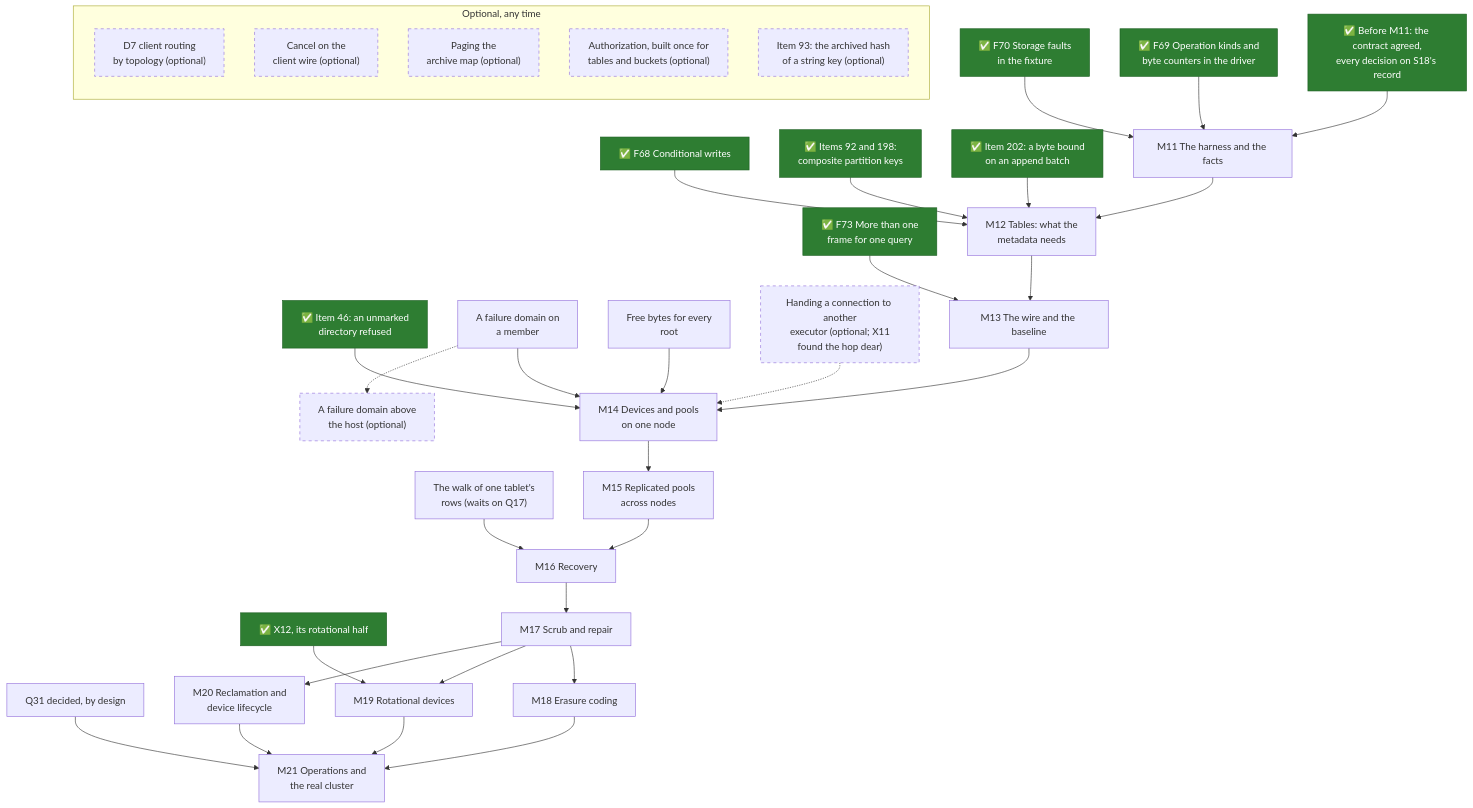
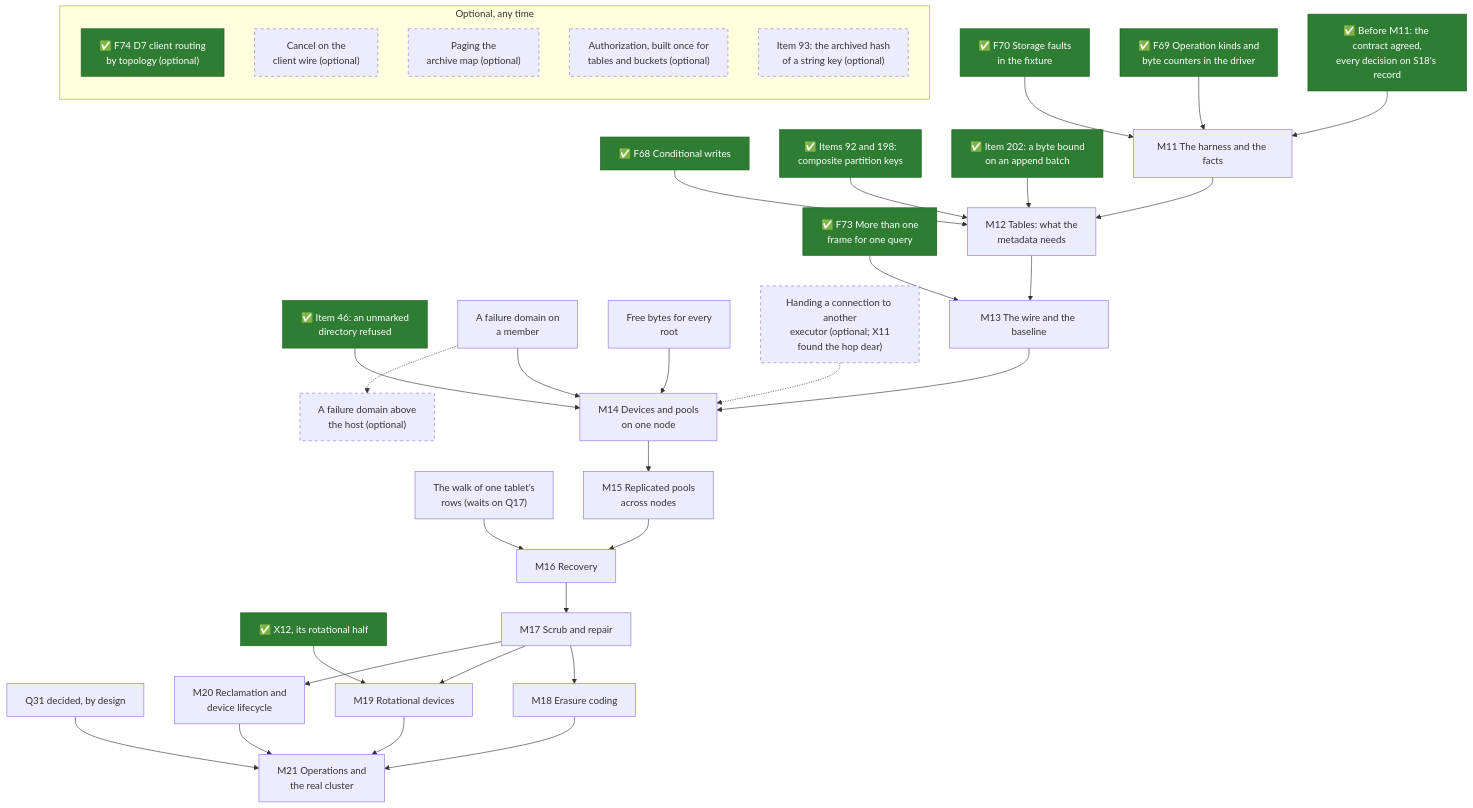
The second of 2 diagrams in docs/src/object-storage/whats-left-todo.md (mjcarson/shoal), drawn with Mermaid before and after one commit. The commit also changed 93 other files, not shown here.

````diff
--- a/docs/src/object-storage/whats-left-todo.md
+++ b/docs/src/object-storage/whats-left-todo.md
@@ -122,57 +122,57 @@
 ```mermaid
 flowchart TB
     classDef done fill:#2e7d32,stroke:#1b5e20,color:#ffffff
     classDef optional stroke-dasharray: 5 5
     Gate["✅ Before M11: the contract agreed,<br>every decision on S18's record"]:::done
     F69["✅ F69 Operation kinds and<br>byte counters in the driver"]:::done
     F70["✅ F70 Storage faults<br>in the fixture"]:::done
     F68["✅ F68 Conditional writes"]:::done
     I198["✅ Items 92 and 198:<br>composite partition keys"]:::done
     I202["✅ Item 202: a byte bound<br>on an append batch"]:::done
     I46["✅ Item 46: an unmarked<br>directory refused"]:::done
     Frames["✅ F73 More than one<br>frame for one query"]:::done
     Domain["A failure domain on<br>a member"]
     Free["Free bytes for every<br>root"]
     Walk["The walk of one tablet's<br>rows (waits on Q17)"]
     Handoff["Handing a connection to another<br>executor (optional; X11<br>found the hop dear)"]:::optional
     Rack["A failure domain above<br>the host (optional)"]:::optional
     X12r["✅ X12, its rotational half"]:::done
     Q31["Q31 decided, by design"]
     M11["M11 The harness and the facts"]
     M12["M12 Tables: what the<br>metadata needs"]
     M13["M13 The wire and the baseline"]
     M14["M14 Devices and pools<br>on one node"]
     M15["M15 Replicated pools<br>across nodes"]
     M16["M16 Recovery"]
     M17["M17 Scrub and repair"]
     M18["M18 Erasure coding"]
     M19["M19 Rotational devices"]
     M20["M20 Reclamation and<br>device lifecycle"]
     M21["M21 Operations and<br>the real cluster"]
     Gate --> M11 --> M12 --> M13 --> M14 --> M15 --> M16 --> M17
     M17 --> M18 --> M21
     M17 --> M19 --> M21
     M17 --> M20 --> M21
     F69 --> M11
     F70 --> M11
     F68 --> M12
     I198 --> M12
     I202 --> M12
     Frames --> M13
     I46 --> M14
     Domain --> M14
     Free --> M14
     Handoff -.-> M14
     Domain -.-> Rack
     Walk --> M16
     X12r --> M19
     Q31 --> M21
     subgraph anytime["Optional, any time"]
         direction TB
-        D7["D7 client routing<br>by topology (optional)"]:::optional
+        D7["✅ F74 D7 client routing<br>by topology (optional)"]:::done
         Cancel["Cancel on the<br>client wire (optional)"]:::optional
         Paging["Paging the<br>archive map (optional)"]:::optional
         Authz["Authorization, built once for<br>tables and buckets (optional)"]:::optional
         I93["Item 93: the archived hash<br>of a string key (optional)"]:::optional
     end
 ```
````
